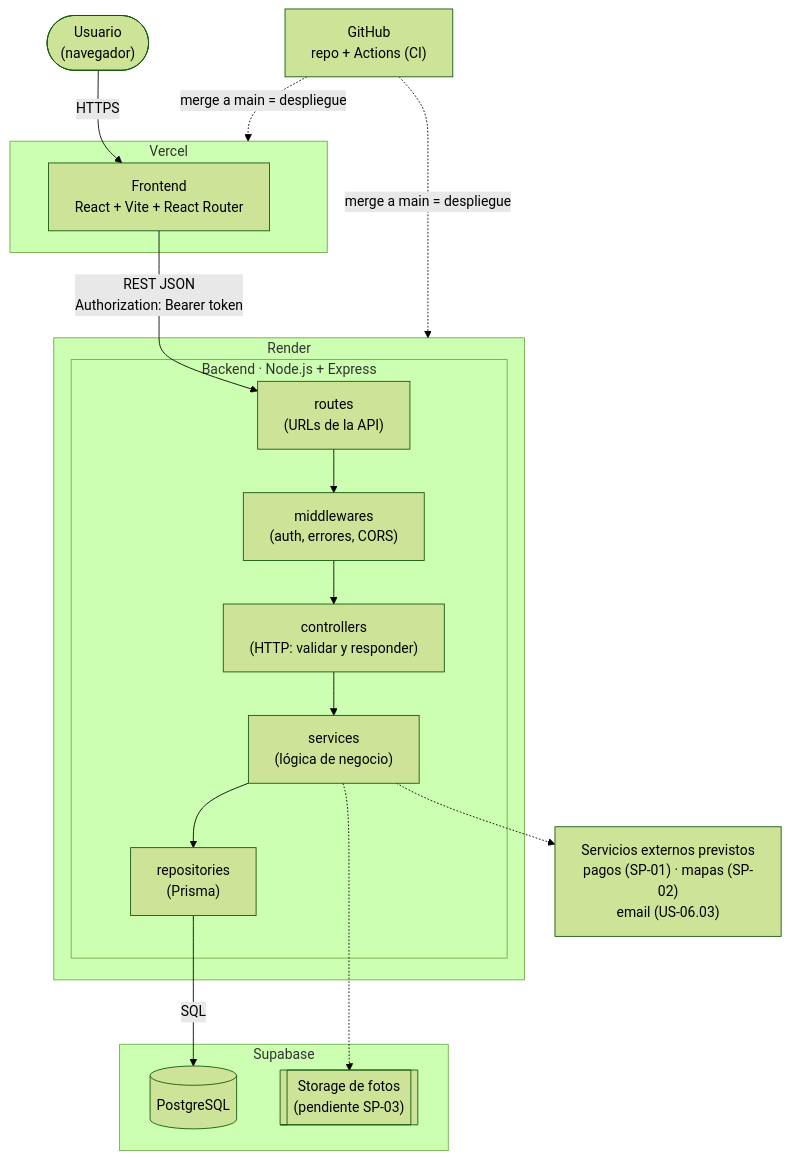
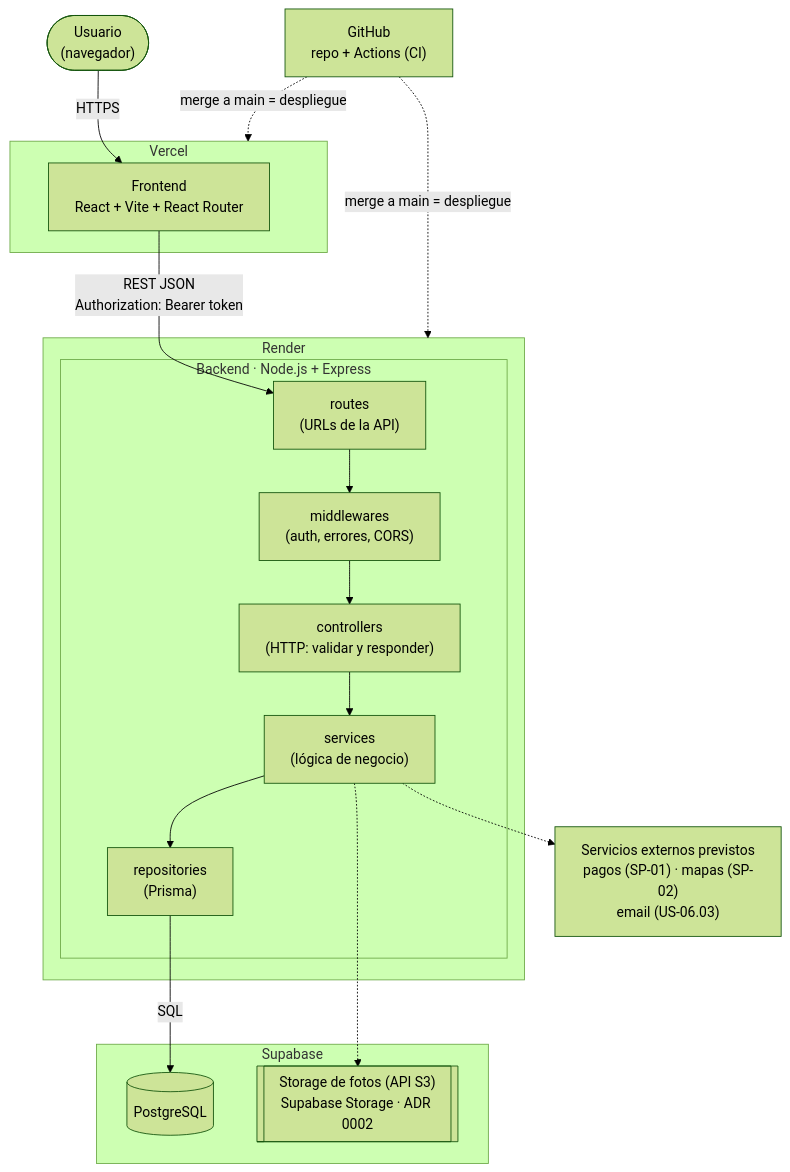
One commit to UB-ES-A1-2026/Proyecto changed the first of 2 diagrams in docs/arquitectura.md. Above: the diagram before and after it, drawn with Mermaid (forest theme). The commit also changed 8 other files, not shown here.

Commit message:
docs(adr): spike SP-03 de almacenamiento de imágenes con la API de S3 y prototipo (#92)

````diff
--- a/docs/arquitectura.md
+++ b/docs/arquitectura.md
@@ -15,36 +15,36 @@
 ```mermaid
 flowchart TB
   user(["Usuario<br/>(navegador)"])
 
   subgraph vercel["Vercel"]
     fe["Frontend<br/>React + Vite + React Router"]
   end
 
   subgraph render["Render"]
     subgraph be["Backend · Node.js + Express"]
       routes["routes<br/>(URLs de la API)"]
       mw["middlewares<br/>(auth, errores, CORS)"]
       ctrl["controllers<br/>(HTTP: validar y responder)"]
       svc["services<br/>(lógica de negocio)"]
       repo["repositories<br/>(Prisma)"]
       routes --> mw --> ctrl --> svc --> repo
     end
   end
 
   subgraph supabase["Supabase"]
     db[("PostgreSQL")]
-    storage[["Storage de fotos<br/>(pendiente SP-03)"]]
+    storage[["Storage de fotos (API S3)<br/>Supabase Storage · ADR 0002"]]
   end
 
   ext["Servicios externos previstos<br/>pagos (SP-01) · mapas (SP-02)<br/>email (US-06.03)"]
 
   gh["GitHub<br/>repo + Actions (CI)"]
 
   user -->|HTTPS| fe
   fe -->|"REST JSON<br/>Authorization: Bearer token"| routes
   repo -->|SQL| db
   svc -.-> storage
   svc -.-> ext
   gh -.->|"merge a main = despliegue"| vercel
   gh -.->|"merge a main = despliegue"| render
 ```
````
